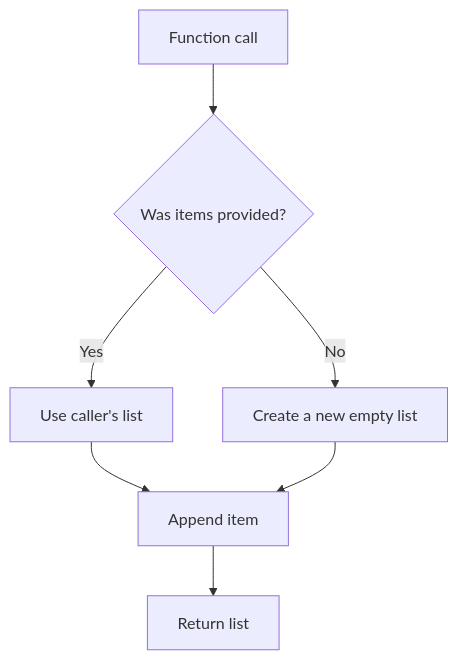
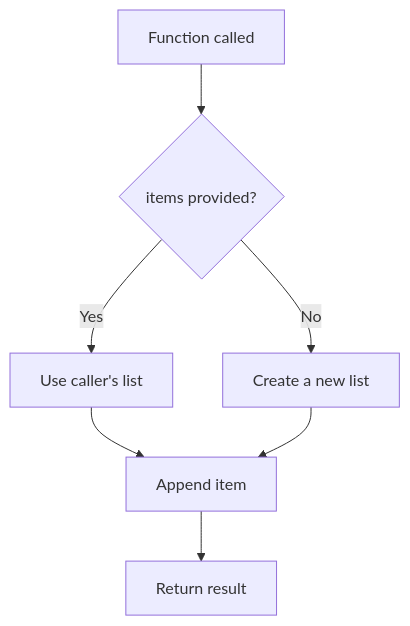
The second of 3 diagrams in src/content/python/mutable-default-argument.md (AvadhBhalodiya/Interview-Preparation), drawn with Mermaid before and after one commit. The commit also changed other lines of this file and 80 other files, not shown here.

````diff
--- a/src/content/python/mutable-default-argument.md
+++ b/src/content/python/mutable-default-argument.md
@@ -189,9 +124,9 @@
 ```mermaid
 flowchart TD
-    A[Function call] --> B{Was items provided?}
-    B -- Yes --> C[Use caller's list]
-    B -- No --> D[Create a new empty list]
-    C --> E[Append item]
+    A["Function called"] --> B{"items provided?"}
+    B -- Yes --> C["Use caller's list"]
+    B -- No --> D["Create a new list"]
+    C --> E["Append item"]
     D --> E
-    E --> F[Return list]
+    E --> F["Return result"]
 ```
````
